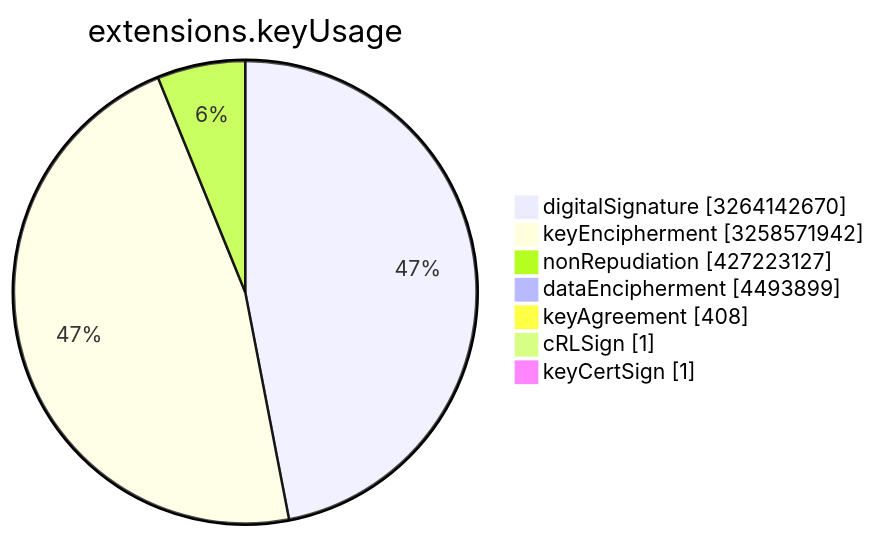
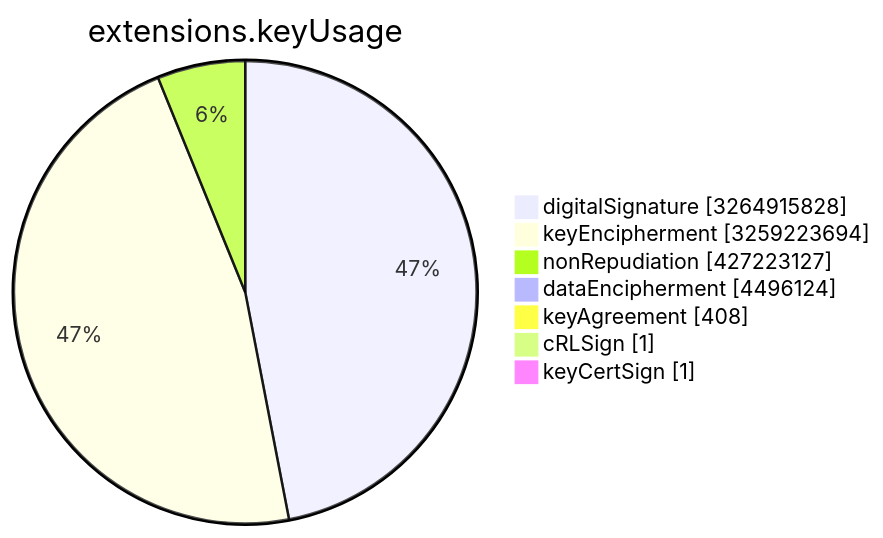
One commit to christiankrug/ctmonitor_visualization changed the sixth of 15 diagrams in TOTAL/README.md. Above: the diagram before and after it, drawn with Mermaid. The commit also changed other lines of this file, not shown here.

````diff
--- a/TOTAL/README.md
+++ b/TOTAL/README.md
@@ -3078,11 +3078,11 @@
 ```mermaid
 pie showData
 title extensions.keyUsage
-"digitalSignature" :3264142670
-"keyEncipherment" :3258571942
+"digitalSignature" :3264915828
+"keyEncipherment" :3259223694
 "nonRepudiation" :427223127
-"dataEncipherment" :4493899
+"dataEncipherment" :4496124
 "keyAgreement" :408
 "cRLSign" :1
 "keyCertSign" :1
 ```
````
